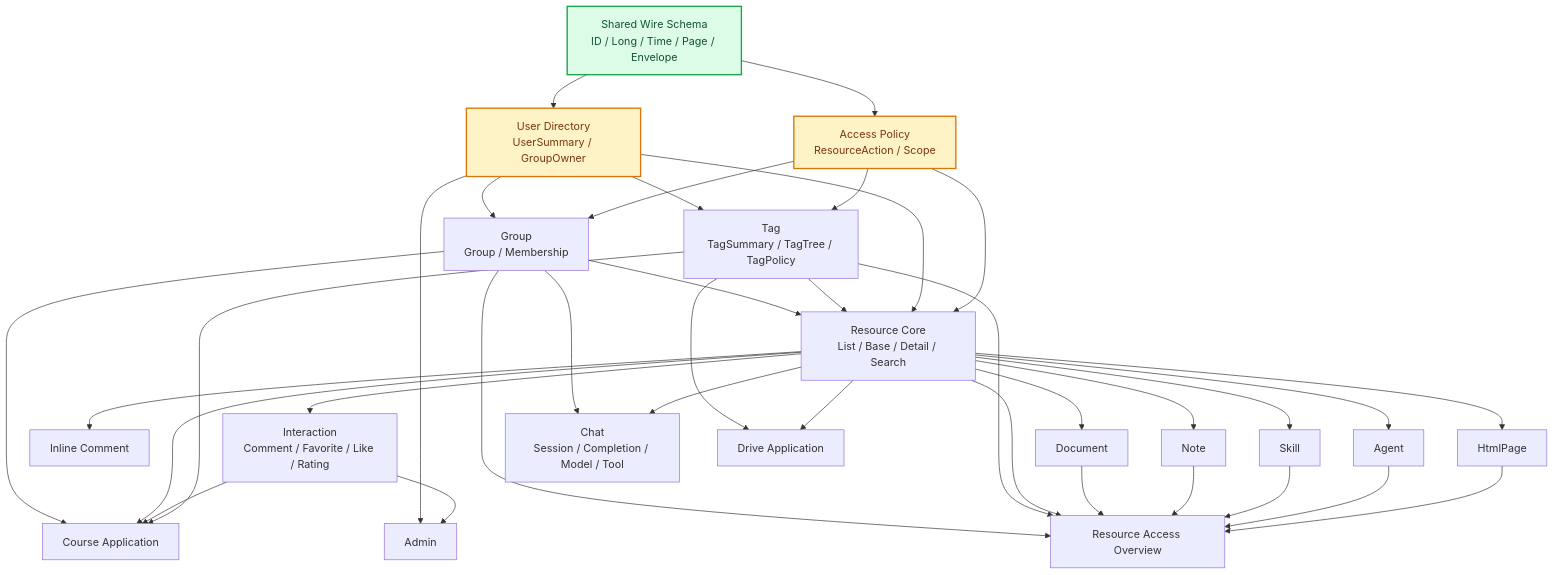
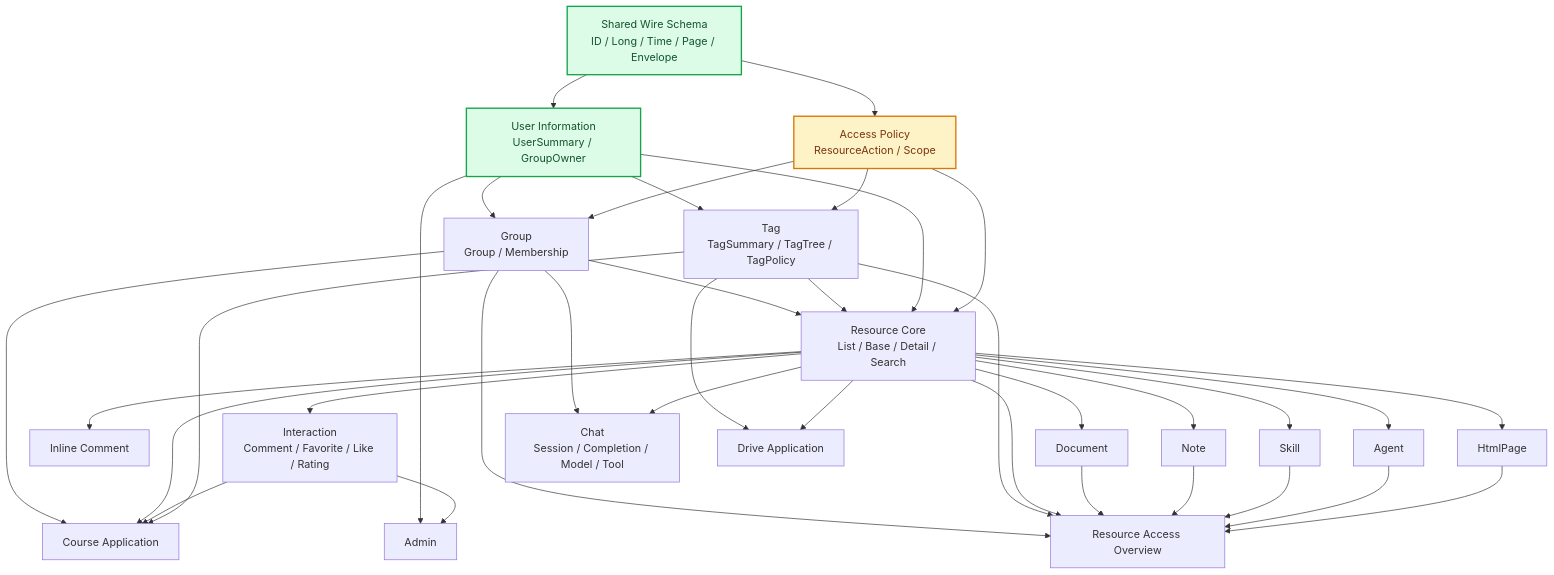
The diagram in agent/docs/schema-contract-roadmap.md (Oriole-FDU/WisePenView), drawn with Mermaid before and after one commit. The commit also changed other lines of this file and 12 other files, not shown here.

````diff
--- a/agent/docs/schema-contract-roadmap.md
+++ b/agent/docs/schema-contract-roadmap.md
@@ -36,62 +36,63 @@
 ```mermaid
 flowchart TD
   W[Shared Wire Schema<br/>ID / Long / Time / Page / Envelope]
   A[Access Policy<br/>ResourceAction / Scope]
-  U[User Directory<br/>UserSummary / GroupOwner]
+  U[User Information<br/>UserSummary / GroupOwner]
   G[Group<br/>Group / Membership]
   T[Tag<br/>TagSummary / TagTree / TagPolicy]
   R[Resource Core<br/>List / Base / Detail / Search]
   I[Interaction<br/>Comment / Favorite / Like / Rating]
   C[Inline Comment]
   D[Document]
   N[Note]
   S[Skill]
   AG[Agent]
   H[HtmlPage]
   CH[Chat<br/>Session / Completion / Model / Tool]
   CO[Course Application]
   DR[Drive Application]
   RA[Resource Access Overview]
   AD[Admin]
 
   W --> A
   W --> U
   U --> G
   A --> G
   U --> T
   A --> T
   G --> R
   T --> R
   U --> R
   A --> R
   R --> I
   R --> C
   R --> D
   R --> N
   R --> S
   R --> AG
   R --> H
   G --> CH
   R --> CH
   G --> CO
   R --> CO
   I --> CO
   T --> CO
   T --> DR
   R --> DR
   G --> RA
   T --> RA
   R --> RA
   D --> RA
   N --> RA
   S --> RA
   AG --> RA
   H --> RA
   U --> AD
   I --> AD
 
   classDef completed fill:#dcfce7,stroke:#16a34a,color:#14532d,stroke-width:2px
   classDef next fill:#fef3c7,stroke:#d97706,color:#78350f,stroke-width:2px
   class W completed
-  class A,U next
+  class A next
+  class U completed
 ```
````
